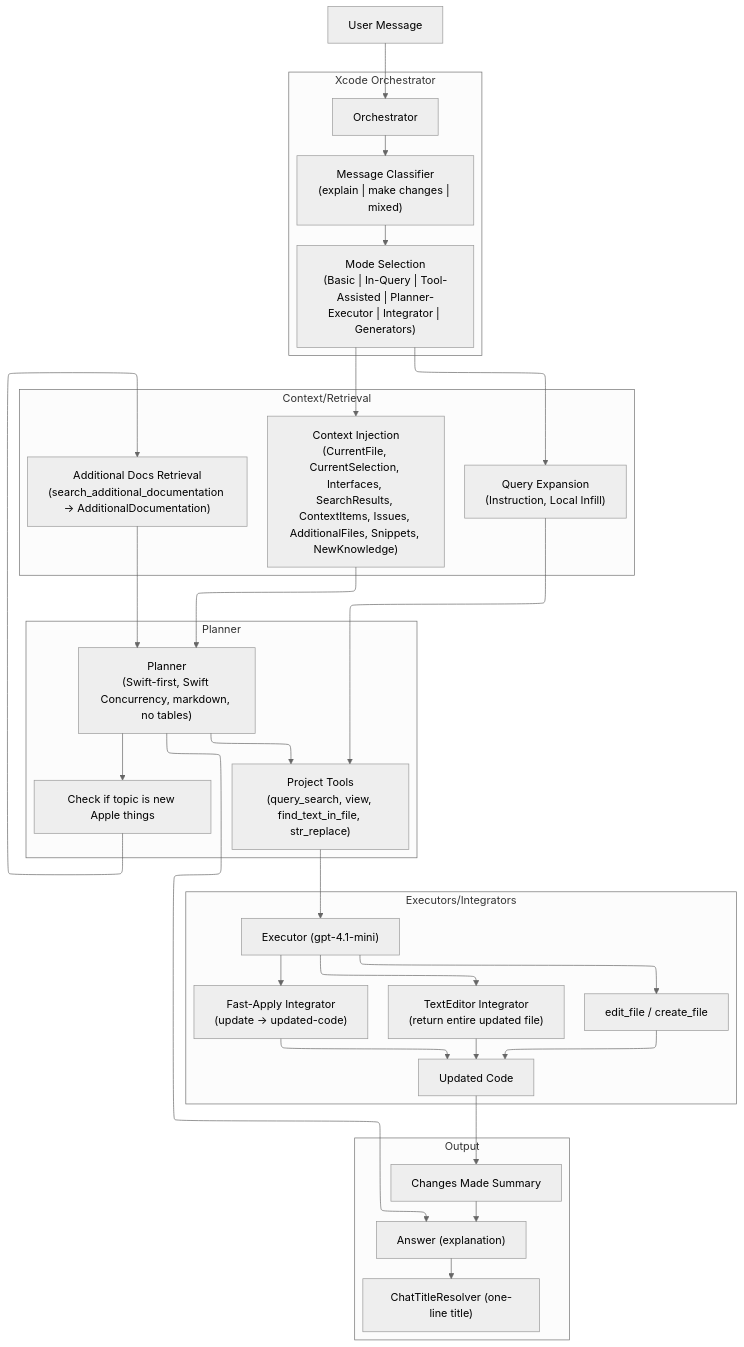
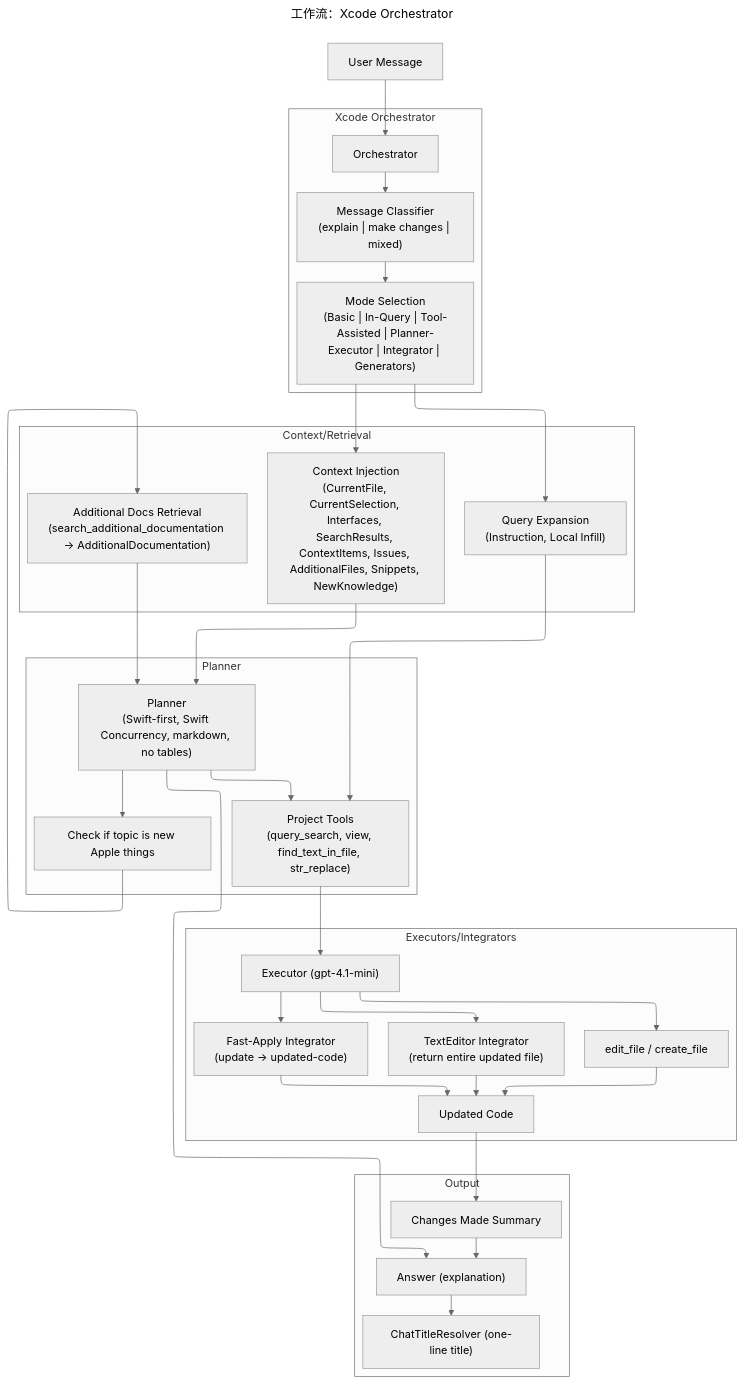
Before and after one commit to WeZZard/MyWorks: the first of 3 diagrams in 2025-08-31-the-cupertino-ghost-in-the-machine/zh-Hans/index_raw.md, drawn with Mermaid (neutral theme). The commit also changed other lines of this file and 3 other files, not shown here.

Commit message:
Refines the texts and adds the accessibility descriptions to the diagrams.

````diff
--- a/2025-08-31-the-cupertino-ghost-in-the-machine/zh-Hans/index_raw.md
+++ b/2025-08-31-the-cupertino-ghost-in-the-machine/zh-Hans/index_raw.md
@@ -187,61 +187,64 @@
 ```mermaid
 ---
+title: "工作流：Xcode Orchestrator"
+accTitle: "工作流：Xcode Orchestrator"
+accDescr: "一张信息图，详细描绘了处理用户消息的系统工作流。该过程始于“用户消息”，该消息被送入“Xcode Orchestrator”。在 Orchestrator 内部，消息首先被“消息分类器”归类为“解释”、“进行更改”或“混合”类型。基于此分类，“模式选择器”会从包括“基本”、“查询中”、“工具辅助”、“计划器-执行器”、“集成器”、“生成器”在内的模式列表中选择一种模式。所选模式随后在“上下文/检索”阶段触发“上下文注入”和“查询扩展”。注入的上下文被传递给“计划器”，该计划器被描述为“Swift 优先、支持 Swift 并发、使用 Markdown 且无表格”。计划器可以使用如“查询搜索”、“视图”、“在文件中查找文本”、“字符串替换”等“项目工具”。计划器还会检查主题是否关于苹果公司的新技术，如果是，它会通过“附加文档检索”获取更多文档并反馈给自身。计划器有两个主要输出路径。它可以直接生成“答案（解释）”，或者使用“项目工具”，然后将控制权传递给“执行器（gpt-4.1-mini）”。执行器使用各种“执行器/集成器”，如“编辑文件/创建文件”、“文本编辑器集成器（返回整个更新后的文件）”和“快速应用集成器（更新 -> 更新后代码）”，以产生“更新后代码”。此“更新后代码”随后被总结为“已做更改摘要”，并最终汇入“答案（解释）”。最后，整个输出，包括答案和代码更改，都由“聊天标题解析器”处理，以生成一个单行的标题。"
 config:
   layout: elk
 ---
 graph TD
   A["User Message"] --> B["Orchestrator"]
 
   subgraph "Xcode Orchestrator"
     B --> C["Message Classifier<br/>(explain | make changes | mixed)"]
     C --> D["Mode Selection<br/>(Basic | In-Query | Tool-Assisted | Planner-Executor | Integrator | Generators)"]
   end
 
   subgraph "Context/Retrieval"
     E["Context Injection<br/>(CurrentFile, CurrentSelection, Interfaces, SearchResults, ContextItems, Issues, AdditionalFiles, Snippets, NewKnowledge)"]
     F["Query Expansion<br/>(Instruction, Local Infill)"]
     G["Additional Docs Retrieval<br/>(search_additional_documentation -> AdditionalDocumentation)"]
   end
 
   D --> E
   D --> F
 
   subgraph "Planner"
     H["Planner<br/>(Swift-first, Swift Concurrency, markdown, no tables)"]
     I["Project Tools<br/>(query_search, view, find_text_in_file, str_replace)"]
     J["Check if topic is new Apple things"]
   end
 
   E --> H
   F --> I
   H --> J
   J --> G
   G --> H
 
   H --> Q["Answer (explanation)"]
   H --> I
 
   subgraph "Executors/Integrators"
     K["Executor (gpt-4.1-mini)"]
     L["edit_file / create_file"]
     M["TextEditor Integrator<br/>(return entire updated file)"]
     N["Fast-Apply Integrator<br/>(update -> updated-code)"]
     O["Updated Code"]
   end
 
   I --> K
   K --> L
   K --> M
   K --> N
   L --> O
   M --> O
   N --> O
 
   subgraph "Output"
     P["Changes Made Summary"]
     Q
     R["ChatTitleResolver (one-line title)"]
   end
 
   O --> P --> Q --> R
 ```
````
